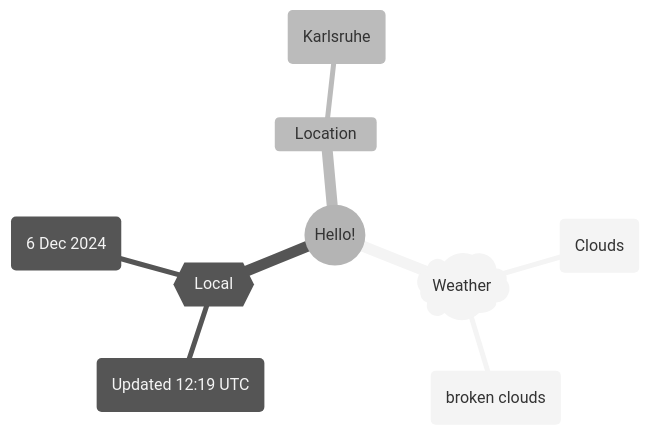
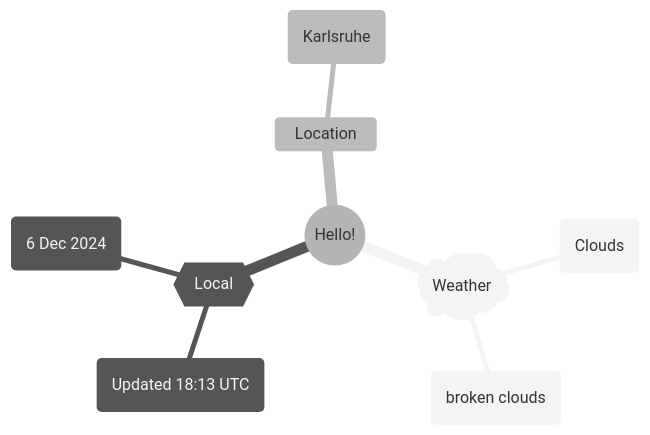
Before and after one commit to Xosrov/Xosrov: the first of 2 diagrams in README.md, drawn with Mermaid (neutral theme).

Commit message:
[bot] updated images

````diff
--- a/README.md
+++ b/README.md
@@ -3,12 +3,12 @@
 ```mermaid
 mindmap
   root((Hello!))
     )Weather(
         (Clouds)
         (broken clouds)
     {{Local}}
-        (Updated 12:19 UTC)
+        (Updated 18:13 UTC)
         (6 Dec 2024)
     Location
         (Karlsruhe)
 ```
````
